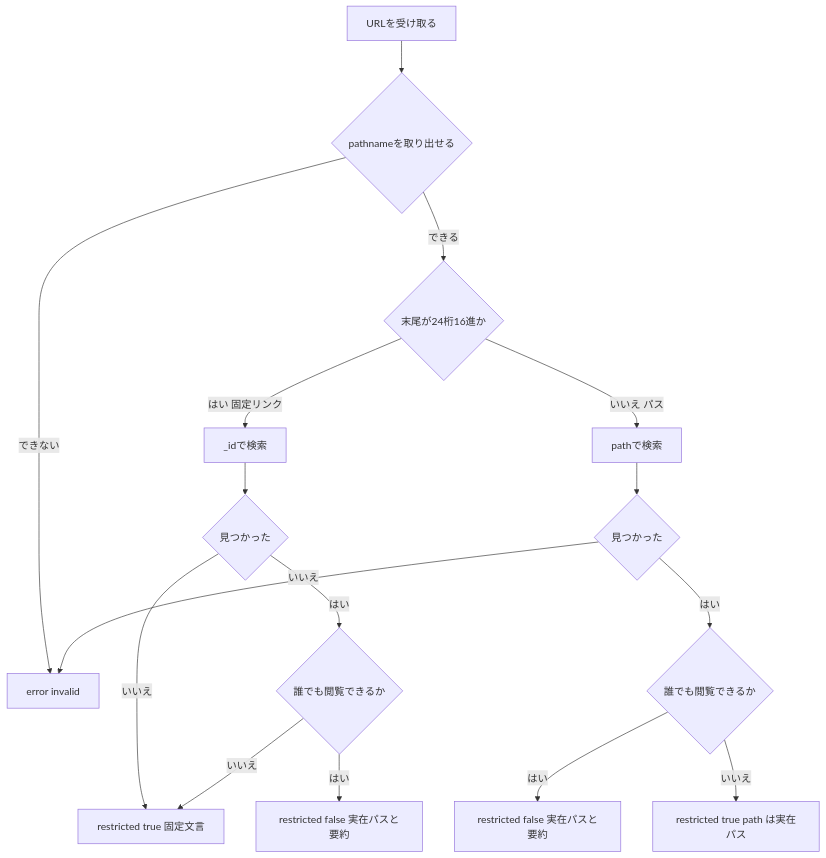
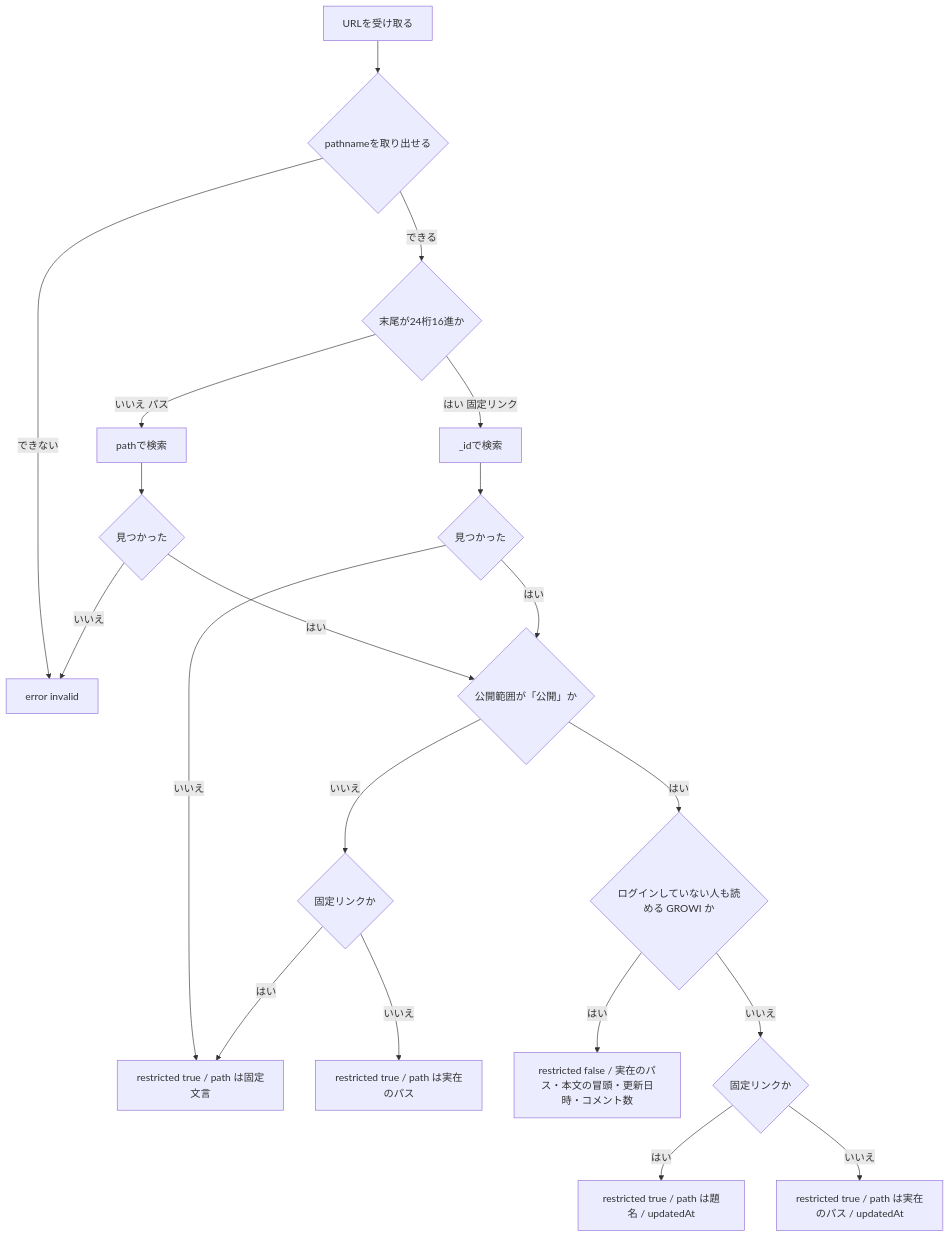
Before and after one commit to growilabs/growi: the diagram in .kiro/specs/chat-integration-app/design.md, drawn with Mermaid. The commit also changed other lines of this file and 17 other files, not shown here.

````diff
--- a/.kiro/specs/chat-integration-app/design.md
+++ b/.kiro/specs/chat-integration-app/design.md
@@ -436,18 +440,22 @@
 ```mermaid
 flowchart TD
     Start[URLを受け取る] --> Parse{pathnameを取り出せる}
     Parse -->|できない| ErrInvalid[error invalid]
     Parse -->|できる| IsPermalink{末尾が24桁16進か}
     IsPermalink -->|はい 固定リンク| FindById[_idで検索]
     IsPermalink -->|いいえ パス| FindByPath[pathで検索]
+    FindByPath --> FoundByPath{見つかった}
     FindById --> FoundById{見つかった}
-    FindByPath --> FoundByPath{見つかった}
     FoundByPath -->|いいえ| ErrInvalid
-    FoundByPath -->|はい| Grant{誰でも閲覧できるか}
-    FoundById -->|いいえ| Unavailable[restricted true 固定文言]
-    FoundById -->|はい| Grant2{誰でも閲覧できるか}
-    Grant -->|はい| Full1[restricted false 実在パスと要約]
-    Grant -->|いいえ| RestrictedReal[restricted true path は実在パス]
-    Grant2 -->|はい| Full2[restricted false 実在パスと要約]
-    Grant2 -->|いいえ| Unavailable
+    FoundById -->|いいえ| Unavailable[restricted true / path は固定文言]
+    FoundByPath -->|はい| Scope{公開範囲が「公開」か}
+    FoundById -->|はい| Scope
+    Scope -->|いいえ| Hidden{固定リンクか}
+    Hidden -->|はい| Unavailable
+    Hidden -->|いいえ| PathOnly[restricted true / path は実在のパス]
+    Scope -->|はい| Guest{ログインしていない人も読める GROWI か}
+    Guest -->|はい| Full[restricted false / 実在のパス・本文の冒頭・更新日時・コメント数]
+    Guest -->|いいえ| TitleOnly{固定リンクか}
+    TitleOnly -->|はい| T1[restricted true / path は題名 / updatedAt]
+    TitleOnly -->|いいえ| T2[restricted true / path は実在のパス / updatedAt]
 ```
````
